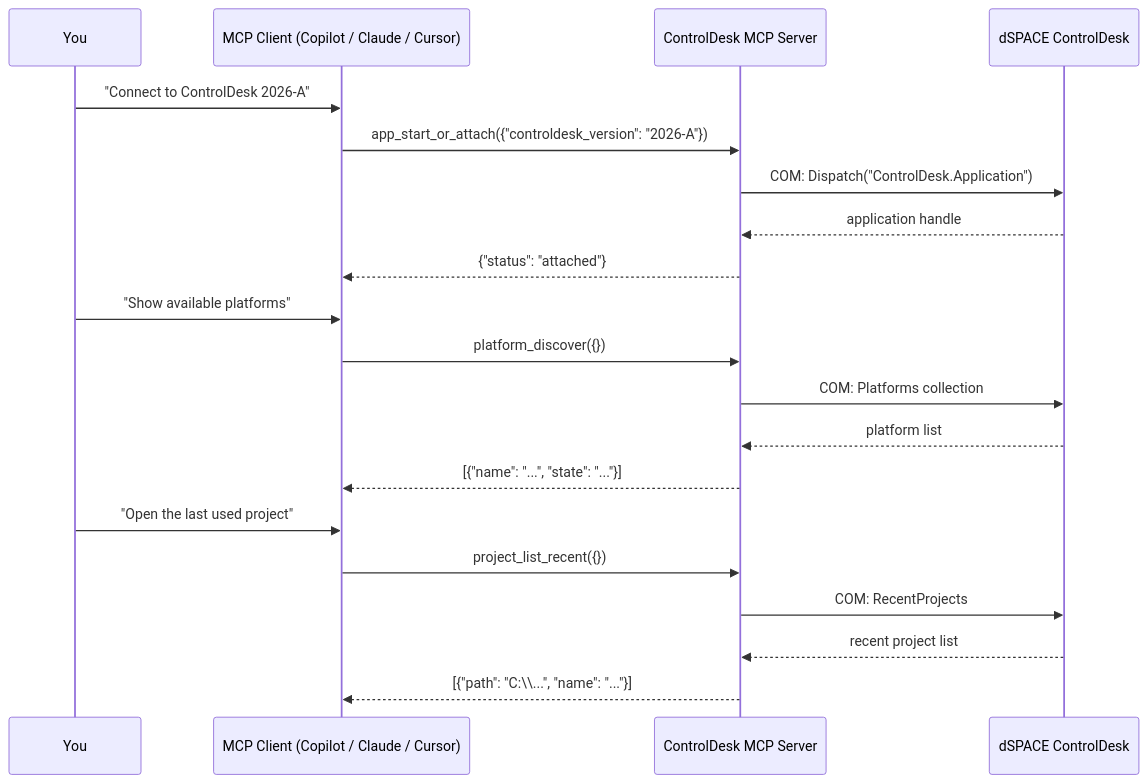
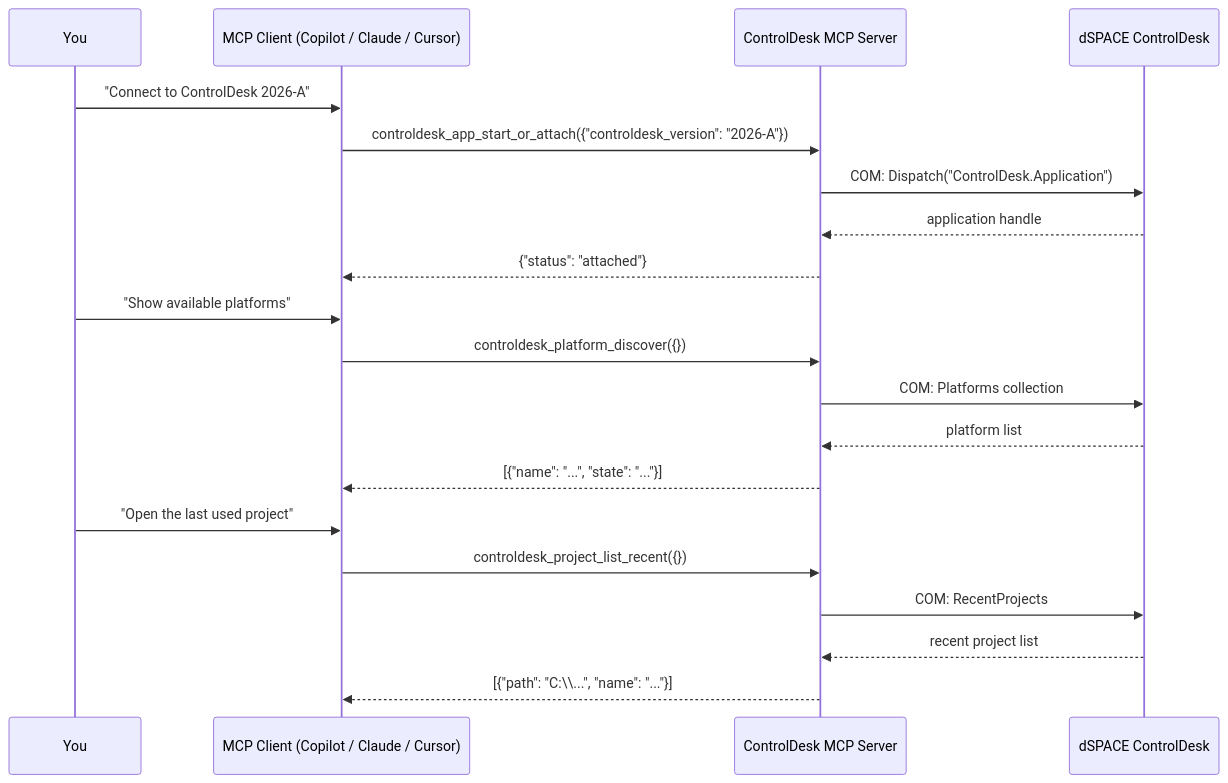
The second of 2 diagrams in docs/clients.md (dspace-group/ControlDeskMCP), drawn with Mermaid before and after one commit. The commit also changed other lines of this file and 66 other files, not shown here.

````diff
--- a/docs/clients.md
+++ b/docs/clients.md
@@ -524,25 +524,25 @@
 ```mermaid
 sequenceDiagram
     participant You
     participant Client as MCP Client (Copilot / Claude / Cursor)
     participant Server as ControlDesk MCP Server
     participant CD as dSPACE ControlDesk
 
     You->>Client: "Connect to ControlDesk 2026-A"
-    Client->>Server: app_start_or_attach({"controldesk_version": "2026-A"})
+    Client->>Server: controldesk_app_start_or_attach({"controldesk_version": "2026-A"})
     Server->>CD: COM: Dispatch("ControlDesk.Application")
     CD-->>Server: application handle
     Server-->>Client: {"status": "attached"}
 
     You->>Client: "Show available platforms"
-    Client->>Server: platform_discover({})
+    Client->>Server: controldesk_platform_discover({})
     Server->>CD: COM: Platforms collection
     CD-->>Server: platform list
     Server-->>Client: [{"name": "...", "state": "..."}]
 
     You->>Client: "Open the last used project"
-    Client->>Server: project_list_recent({})
+    Client->>Server: controldesk_project_list_recent({})
     Server->>CD: COM: RecentProjects
     CD-->>Server: recent project list
     Server-->>Client: [{"path": "C:\\...", "name": "..."}]
 ```
````
